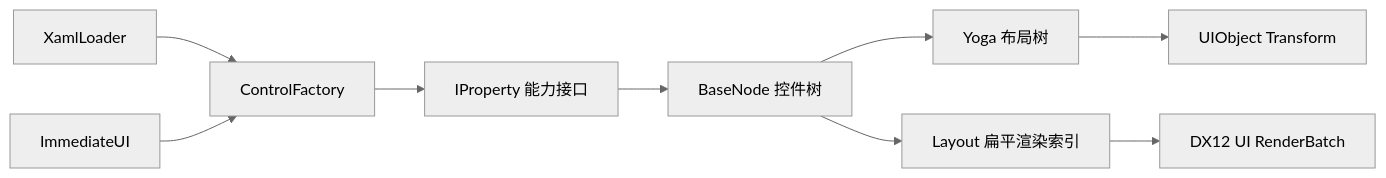
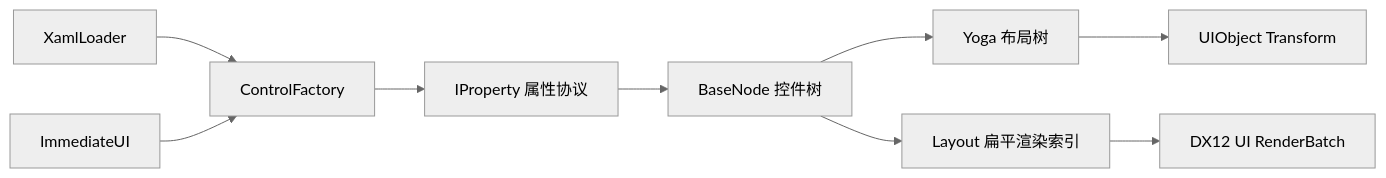
Before and after one commit to z8z6/slot: the diagram in docs/ui/README.md, drawn with Mermaid (neutral theme). The commit also changed other lines of this file and 45 other files, not shown here.

````diff
--- a/docs/ui/README.md
+++ b/docs/ui/README.md
@@ -5,11 +5,11 @@
 ```mermaid
 flowchart LR
     XAML[XamlLoader] --> Factory[ControlFactory]
     Immediate[ImmediateUI] --> Factory
-    Factory --> Property[IProperty 能力接口]
+    Factory --> Property[IProperty 属性协议]
     Property --> Tree[BaseNode 控件树]
     Tree --> Yoga[Yoga 布局树]
     Tree --> Index[Layout 扁平渲染索引]
     Yoga --> Transform[UIObject Transform]
     Index --> Batch[DX12 UI RenderBatch]
 ```
````
